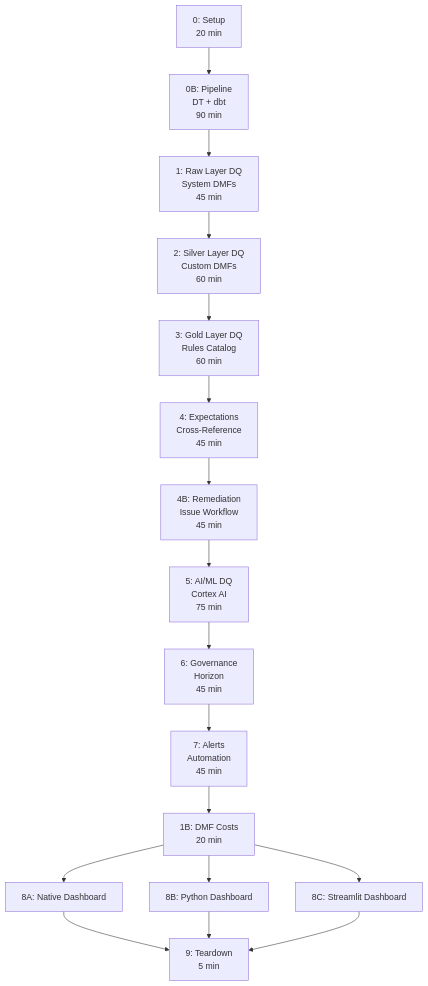
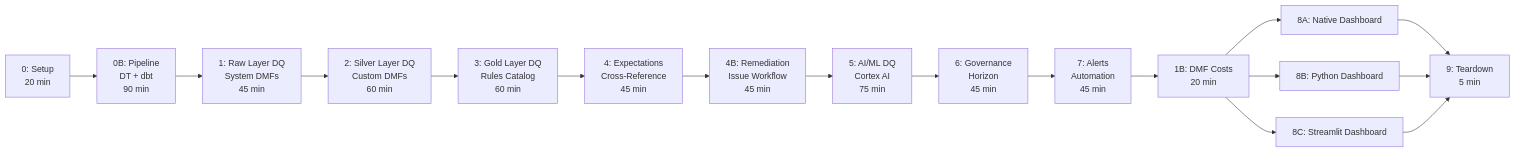
Before and after one commit to mcharni76/snowflake-data-quality-monitoring-hol: the diagram in guide/LAB_MAP.md, drawn with Mermaid. The commit also changed 16 other files, not shown here.

````diff
--- a/guide/LAB_MAP.md
+++ b/guide/LAB_MAP.md
@@ -7,19 +7,19 @@
 ```mermaid
-flowchart TD
+flowchart LR
     M0[0: Setup<br/>20 min] --> M0B[0B: Pipeline<br/>DT + dbt<br/>90 min]
     M0B --> M1[1: Raw Layer DQ<br/>System DMFs<br/>45 min]
     M1 --> M2[2: Silver Layer DQ<br/>Custom DMFs<br/>60 min]
     M2 --> M3[3: Gold Layer DQ<br/>Rules Catalog<br/>60 min]
     M3 --> M4[4: Expectations<br/>Cross-Reference<br/>45 min]
     M4 --> M4B[4B: Remediation<br/>Issue Workflow<br/>45 min]
     M4B --> M5[5: AI/ML DQ<br/>Cortex AI<br/>75 min]
     M5 --> M6[6: Governance<br/>Horizon<br/>45 min]
     M6 --> M7[7: Alerts<br/>Automation<br/>45 min]
     M7 --> M1B[1B: DMF Costs<br/>20 min]
     M1B --> M8A[8A: Native Dashboard]
     M1B --> M8B[8B: Python Dashboard]
     M1B --> M8C[8C: Streamlit Dashboard]
     M8A --> M9[9: Teardown<br/>5 min]
     M8B --> M9
     M8C --> M9
 ```
````
